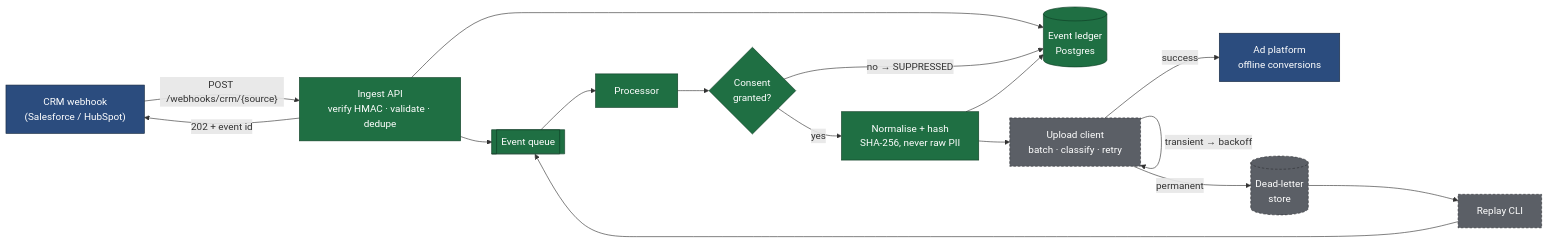
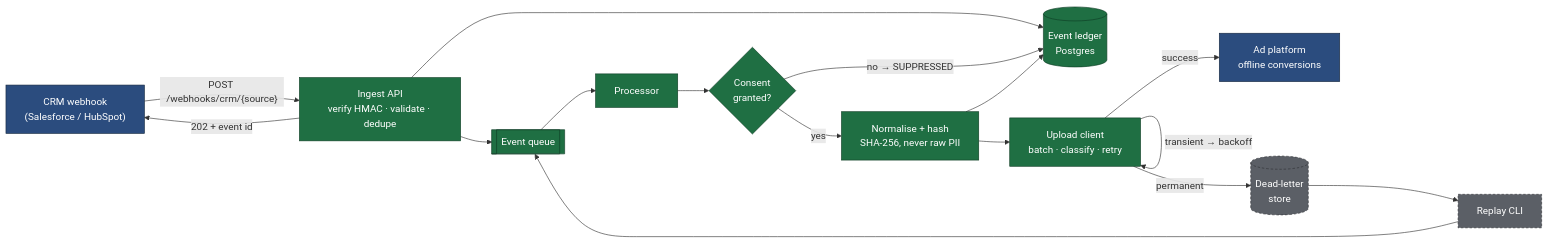
Before and after one commit to rajumohith50/conversion-gateway: the first of 5 diagrams in README.md, drawn with Mermaid. The commit also changed other lines of this file and 27 other files, not shown here.

````diff
--- a/README.md
+++ b/README.md
@@ -15,38 +15,38 @@
 ```mermaid
 flowchart LR
     CRM["CRM webhook<br/>(Salesforce / HubSpot)"]
     API["Ingest API<br/>verify HMAC · validate · dedupe"]
     LEDGER[("Event ledger<br/>Postgres")]
     Q[["Event queue"]]
     W["Processor"]
     CONSENT{"Consent<br/>granted?"}
     NORM["Normalise + hash<br/>SHA-256, never raw PII"]
     UP["Upload client<br/>batch · classify · retry"]
     ADS["Ad platform<br/>offline conversions"]
     DLQ[("Dead-letter<br/>store")]
     REPLAY["Replay CLI"]
 
     CRM -->|"POST /webhooks/crm/{source}"| API
     API -->|"202 + event id"| CRM
     API --> LEDGER
     API --> Q
     Q --> W
     W --> CONSENT
     CONSENT -->|"no → SUPPRESSED"| LEDGER
     CONSENT -->|yes| NORM
     NORM --> LEDGER
     NORM --> UP
     UP -->|success| ADS
     UP -->|"transient → backoff"| UP
     UP -->|"permanent"| DLQ
     DLQ --> REPLAY
     REPLAY --> Q
 
     classDef built fill:#1f6f43,stroke:#0e3d24,color:#ffffff
     classDef planned fill:#5b5f66,stroke:#2f3236,color:#ffffff,stroke-dasharray:4 3
     classDef external fill:#2b4c7e,stroke:#16283f,color:#ffffff
 
-    class API,LEDGER,Q,W,NORM,CONSENT built
-    class UP,DLQ,REPLAY planned
+    class API,LEDGER,Q,W,NORM,CONSENT,UP built
+    class DLQ,REPLAY planned
     class CRM,ADS external
 ```
````
